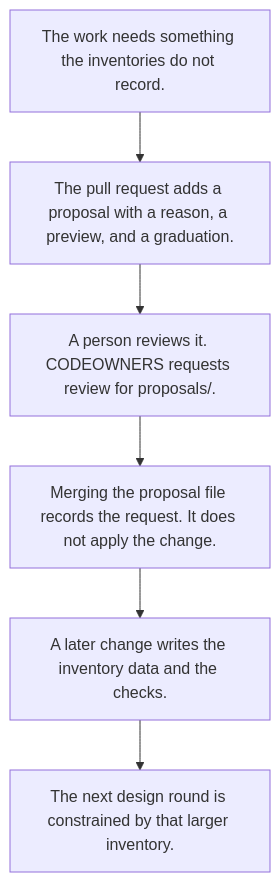
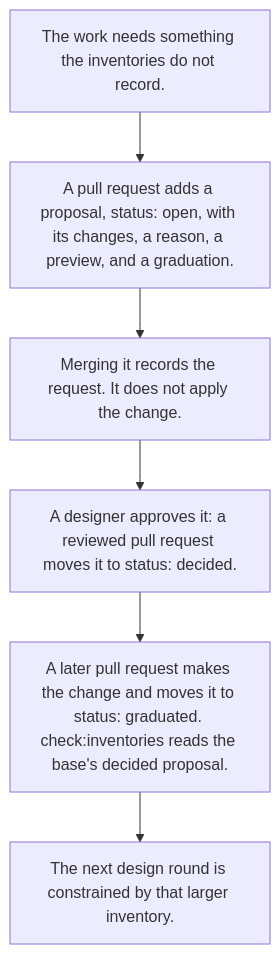
The fourth of 7 diagrams in packages/harness/docs/how-it-works.md (tounsoo/agent-design-loop), drawn with Mermaid before and after one commit. The commit also changed other lines of this file and 66 other files, not shown here.

First line of the commit message:
Require proposal fields, graduate only approved proposals, and pin headless Chrome (#25)

````diff
--- a/packages/harness/docs/how-it-works.md
+++ b/packages/harness/docs/how-it-works.md
@@ -260,10 +263,10 @@
 ```mermaid
 flowchart TB
   gap["The work needs something the inventories do not record."]
-  file["The pull request adds a proposal with a reason, a preview, and a graduation."]
-  person["A person reviews it. CODEOWNERS requests review for proposals/."]
-  record["Merging the proposal file records the request. It does not apply the change."]
-  graduate["A later change writes the inventory data and the checks."]
+  file["A pull request adds a proposal, status: open, with its changes, a reason, a preview, and a graduation."]
+  record["Merging it records the request. It does not apply the change."]
+  person["A designer approves it: a reviewed pull request moves it to status: decided."]
+  graduate["A later pull request makes the change and moves it to status: graduated. check:inventories reads the base's decided proposal."]
   next["The next design round is constrained by that larger inventory."]
-  gap --> file --> person --> record --> graduate --> next
+  gap --> file --> record --> person --> graduate --> next
 ```
````
